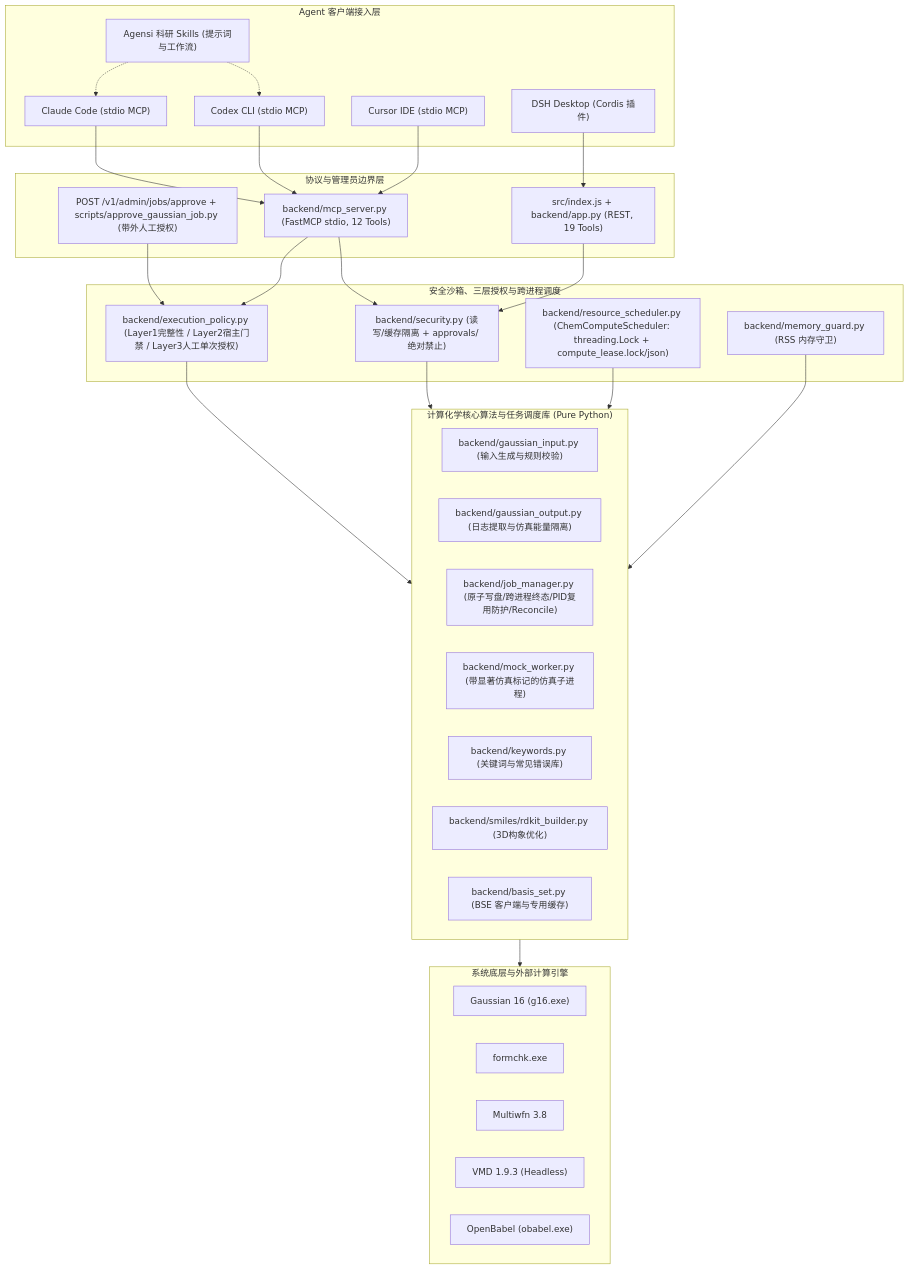
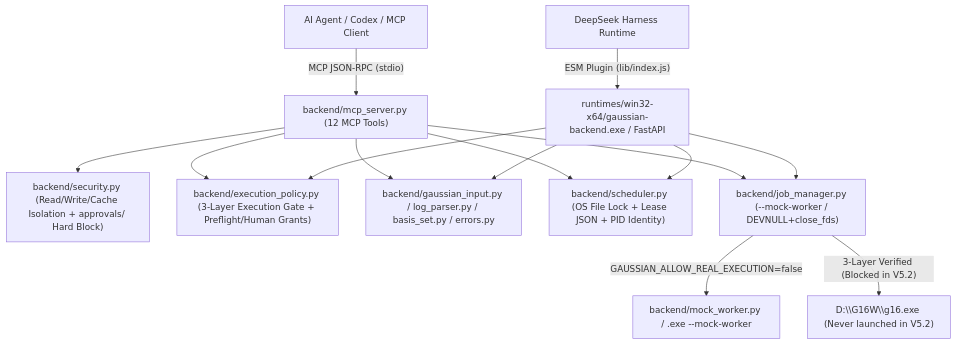
One commit to yangdw2024/gaussian-dsh-plugin changed the diagram in docs/engineering/ARCHITECTURE.md. Above: the diagram before and after it, drawn with Mermaid. The commit also changed other lines of this file and 19 other files, not shown here.

Commit message:
chore(v5.2): runtime consistency, 3-layer auth parity & H2 dry-run pre-acceptance

````diff
--- a/docs/engineering/ARCHITECTURE.md
+++ b/docs/engineering/ARCHITECTURE.md
@@ -7,57 +9,20 @@
 ```mermaid
 flowchart TD
-    subgraph AgentLayer["Agent 客户端接入层"]
-        ClaudeCode["Claude Code (stdio MCP)"]
-        CodexCLI["Codex CLI (stdio MCP)"]
-        Cursor["Cursor IDE (stdio MCP)"]
-        DSHApp["DSH Desktop (Cordis 插件)"]
-        AgensiSkill["Agensi 科研 Skills (提示词与工作流)"]
-    end
+    Agent["AI Agent / Codex / MCP Client"] -->|"MCP JSON-RPC (stdio)"| MCP["backend/mcp_server.py (12 MCP Tools)"]
+    DSH["DeepSeek Harness Runtime"] -->|"ESM Plugin (lib/index.js)"| FastAPI["runtimes/win32-x64/gaussian-backend.exe / FastAPI"]
 
-    subgraph ProtocolLayer["协议与管理员边界层"]
-        MCPServer["backend/mcp_server.py (FastMCP stdio, 12 Tools)"]
-        DSHAdapter["src/index.js + backend/app.py (REST, 19 Tools)"]
-        AdminApprove["POST /v1/admin/jobs/approve + scripts/approve_gaussian_job.py (带外人工授权)"]
-    end
+    MCP --> Security["backend/security.py (Read/Write/Cache Isolation + approvals/ Hard Block)"]
+    MCP --> Policy["backend/execution_policy.py (3-Layer Execution Gate + Preflight/Human Grants)"]
+    FastAPI --> Policy
 
-    subgraph SecurityLayer["安全沙箱、三层授权与跨进程调度"]
-        SecurityGuard["backend/security.py (读写/缓存隔离 + approvals/ 绝对禁止)"]
-        ExecutionPolicy["backend/execution_policy.py (Layer1完整性 / Layer2宿主门禁 / Layer3人工单次授权)"]
-        Scheduler["backend/resource_scheduler.py (ChemComputeScheduler: threading.Lock + compute_lease.lock/json)"]
-        MemGuard["backend/memory_guard.py (RSS 内存守卫)"]
-    end
+    MCP --> Core["backend/gaussian_input.py / log_parser.py / basis_set.py / errors.py"]
+    FastAPI --> Core
 
-    subgraph CoreService["计算化学核心算法与任务调度库 (Pure Python)"]
-        GJF["backend/gaussian_input.py (输入生成与规则校验)"]
-        LogParser["backend/gaussian_output.py (日志提取与仿真能量隔离)"]
-        JobManager["backend/job_manager.py (原子写盘/跨进程终态/PID复用防护/Reconcile)"]
-        MockWorker["backend/mock_worker.py (带显著仿真标记的仿真子进程)"]
-        Keywords["backend/keywords.py (关键词与常见错误库)"]
-        RDKitModule["backend/smiles/rdkit_builder.py (3D构象优化)"]
-        BasisClient["backend/basis_set.py (BSE 客户端与专用缓存)"]
-    end
+    MCP --> Sched["backend/scheduler.py (OS File Lock + Lease JSON + PID Identity)"]
+    FastAPI --> Sched
+    MCP --> JM["backend/job_manager.py (--mock-worker / DEVNULL+close_fds)"]
+    FastAPI --> JM
 
-    subgraph HardwareEngines["系统底层与外部计算引擎"]
-        G16["Gaussian 16 (g16.exe)"]
-        Formchk["formchk.exe"]
-        Multiwfn["Multiwfn 3.8"]
-        VMD["VMD 1.9.3 (Headless)"]
-        OpenBabel["OpenBabel (obabel.exe)"]
-    end
-
-    ClaudeCode & CodexCLI & Cursor --> MCPServer
-    AgensiSkill -.-> ClaudeCode & CodexCLI
-    DSHApp --> DSHAdapter
-    AdminApprove --> ExecutionPolicy
-
-    MCPServer --> SecurityGuard
-    DSHAdapter --> SecurityGuard
-    MCPServer --> ExecutionPolicy
-
-    ExecutionPolicy --> CoreService
-    SecurityGuard --> CoreService
-    Scheduler --> CoreService
-    MemGuard --> CoreService
-
-    CoreService --> HardwareEngines
+    JM -->|"GAUSSIAN_ALLOW_REAL_EXECUTION=false"| Mock["backend/mock_worker.py / .exe --mock-worker"]
+    JM -->|"3-Layer Verified (Blocked in V5.2)"| G16["D:\\G16W\\g16.exe (Never launched in V5.2)"]
 ```
````
